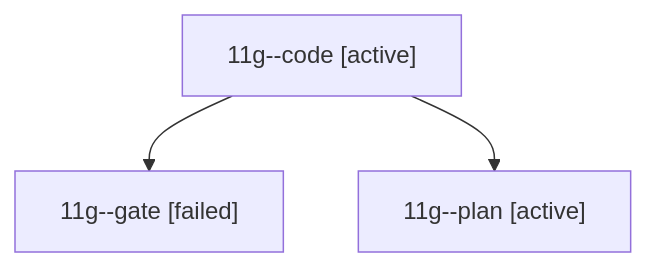
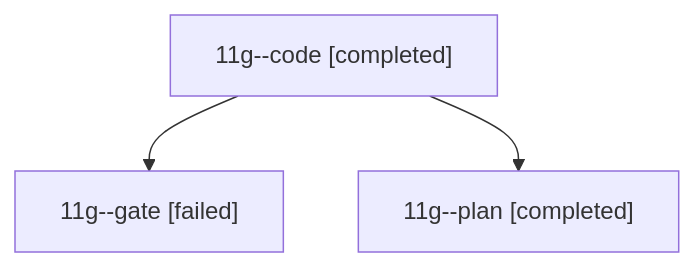
The diagram in sessions/bbugyi200.athena.11g.md (bobs-org/bob-cli--agents), drawn with Mermaid before and after one commit. The commit also changed other lines of this file and 52 other files, not shown here.

````diff
--- a/sessions/bbugyi200.athena.11g.md
+++ b/sessions/bbugyi200.athena.11g.md
@@ -9,8 +9,8 @@
 ```mermaid
 flowchart TD
-  n0["11g--code [active]"]
+  n0["11g--code [completed]"]
   n1["11g--gate [failed]"]
   n0 --> n1
-  n2["11g--plan [active]"]
+  n2["11g--plan [completed]"]
   n0 --> n2
 ```
````
